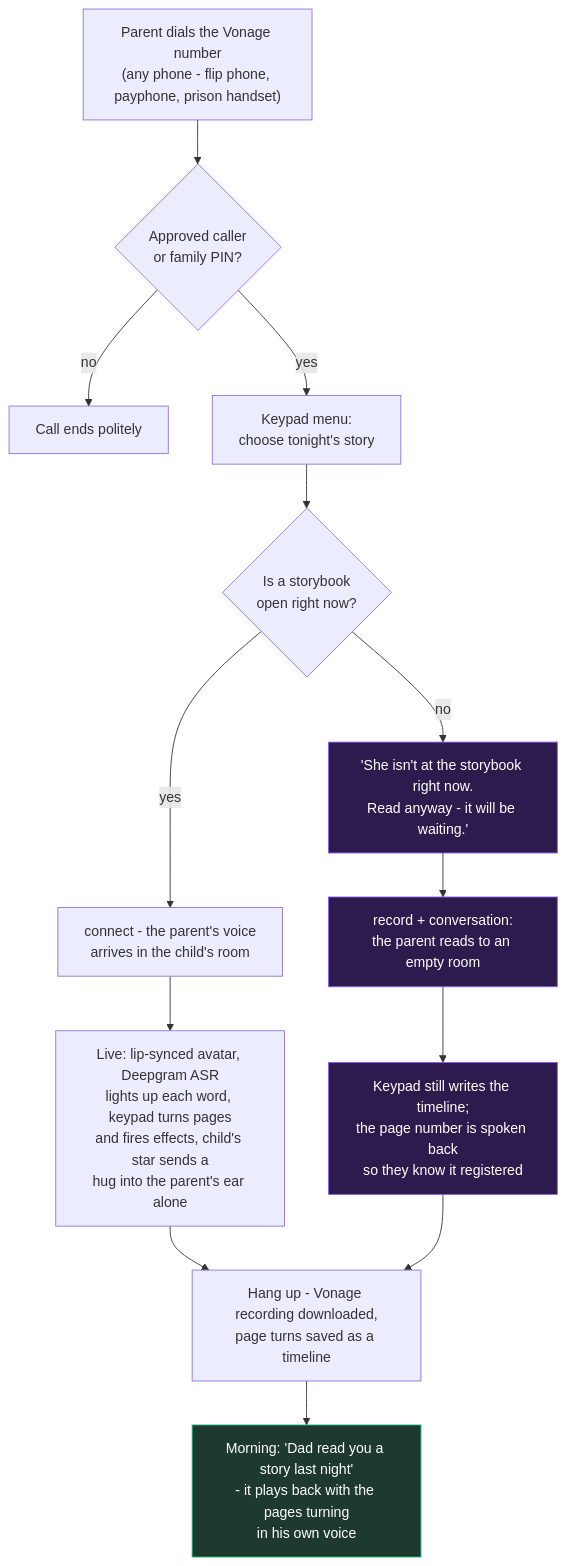
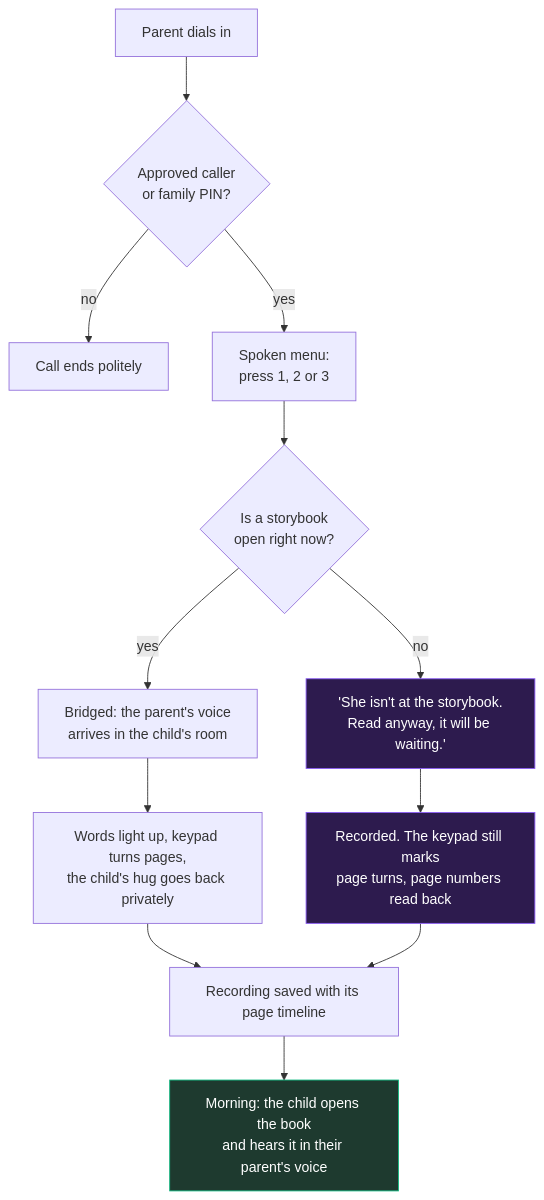
One commit to usv240/once-upon-a-call changed the second of 2 diagrams in README.md. Above: the diagram before and after it, drawn with Mermaid. The commit also changed other lines of this file and 20 other files, not shown here.

````diff
--- a/README.md
+++ b/README.md
@@ -69,23 +78,21 @@
 ```mermaid
 flowchart TD
-    A["Parent dials the Vonage number<br/>(any phone - flip phone, payphone, prison handset)"] --> B{"Approved caller<br/>or family PIN?"}
+    A["Parent dials in"] --> B{"Approved caller<br/>or family PIN?"}
     B -->|no| Z["Call ends politely"]
-    B -->|yes| C["Keypad menu:<br/>choose tonight's story"]
+    B -->|yes| C["Spoken menu:<br/>press 1, 2 or 3"]
     C --> D{"Is a storybook<br/>open right now?"}
 
-    D -->|yes| E["connect - the parent's voice<br/>arrives in the child's room"]
-    E --> F["Live: lip-synced avatar, Deepgram ASR<br/>lights up each word, keypad turns pages<br/>and fires effects, child's star sends a<br/>hug into the parent's ear alone"]
-    F --> G["Hang up - Vonage recording downloaded,<br/>page turns saved as a timeline"]
+    D -->|yes| E["Bridged: the parent's voice<br/>arrives in the child's room"]
+    E --> F["Words light up, keypad turns pages,<br/>the child's hug goes back privately"]
 
-    D -->|no| H["'She isn't at the storybook right now.<br/>Read anyway - it will be waiting.'"]
-    H --> I["record + conversation:<br/>the parent reads to an empty room"]
-    I --> J["Keypad still writes the timeline;<br/>the page number is spoken back<br/>so they know it registered"]
-    J --> G
+    D -->|no| G["'She isn't at the storybook.<br/>Read anyway, it will be waiting.'"]
+    G --> H["Recorded. The keypad still marks<br/>page turns, page numbers read back"]
 
-    G --> K["Morning: 'Dad read you a story last night'<br/>- it plays back with the pages turning<br/>in his own voice"]
+    F --> I["Recording saved with its page timeline"]
+    H --> I
+    I --> J["Morning: the child opens the book<br/>and hears it in their parent's voice"]
 
+    style G fill:#2d1b4e,stroke:#8b5cf6,color:#fff
     style H fill:#2d1b4e,stroke:#8b5cf6,color:#fff
-    style I fill:#2d1b4e,stroke:#8b5cf6,color:#fff
-    style J fill:#2d1b4e,stroke:#8b5cf6,color:#fff
-    style K fill:#1e3a2f,stroke:#10b981,color:#fff
+    style J fill:#1e3a2f,stroke:#10b981,color:#fff
 ```
````
